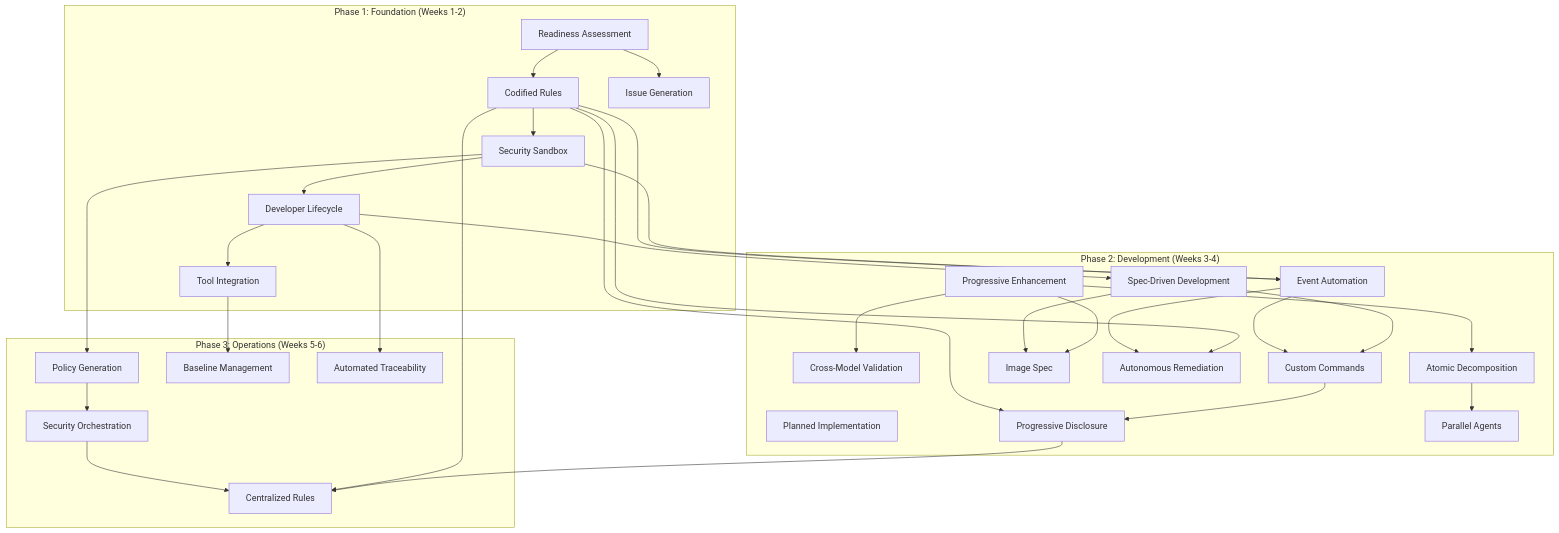
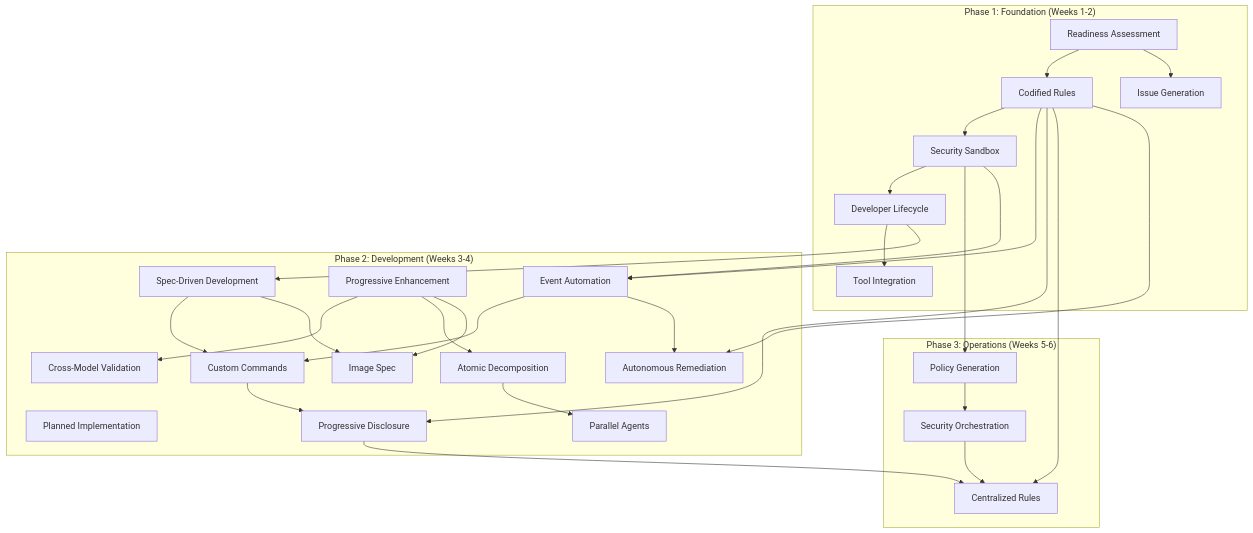
One commit to PaulDuvall/ai-development-patterns changed the second of 16 diagrams in README.md. Above: the diagram before and after it, drawn with Mermaid. The commit also changed other lines of this file and 10 other files, not shown here.

````diff
--- a/README.md
+++ b/README.md
@@ -118,45 +109,43 @@
 ```mermaid
 graph TD
     subgraph "Phase 1: Foundation (Weeks 1-2)"
         A[Readiness Assessment] --> B[Codified Rules]
         B --> C[Security Sandbox]
         C --> D[Developer Lifecycle]
         A --> E[Issue Generation]
         D --> F[Tool Integration]
     end
 
     subgraph "Phase 2: Development (Weeks 3-4)"
         D --> G[Spec-Driven Development]
         H[Planned Implementation]
         I[Progressive Enhancement]
         I --> J[Cross-Model Validation]
         Q[Event Automation]
         R[Custom Commands]
         S[Progressive Disclosure]
         U[Image Spec]
         V[Autonomous Remediation]
         I --> K[Atomic Decomposition]
         K --> L[Parallel Agents]
     end
 
     subgraph "Phase 3: Operations (Weeks 5-6)"
         C --> M[Policy Generation]
         M --> N[Security Orchestration]
         N --> T[Centralized Rules]
-        F --> O[Baseline Management]
-        D --> P[Automated Traceability]
     end
 
     B --> Q
     C --> Q
     Q --> R
     G --> R
     B --> S
     R --> S
     B --> T
     S --> T
     G --> U
     I --> U
     Q --> V
     B --> V
 ```
````
